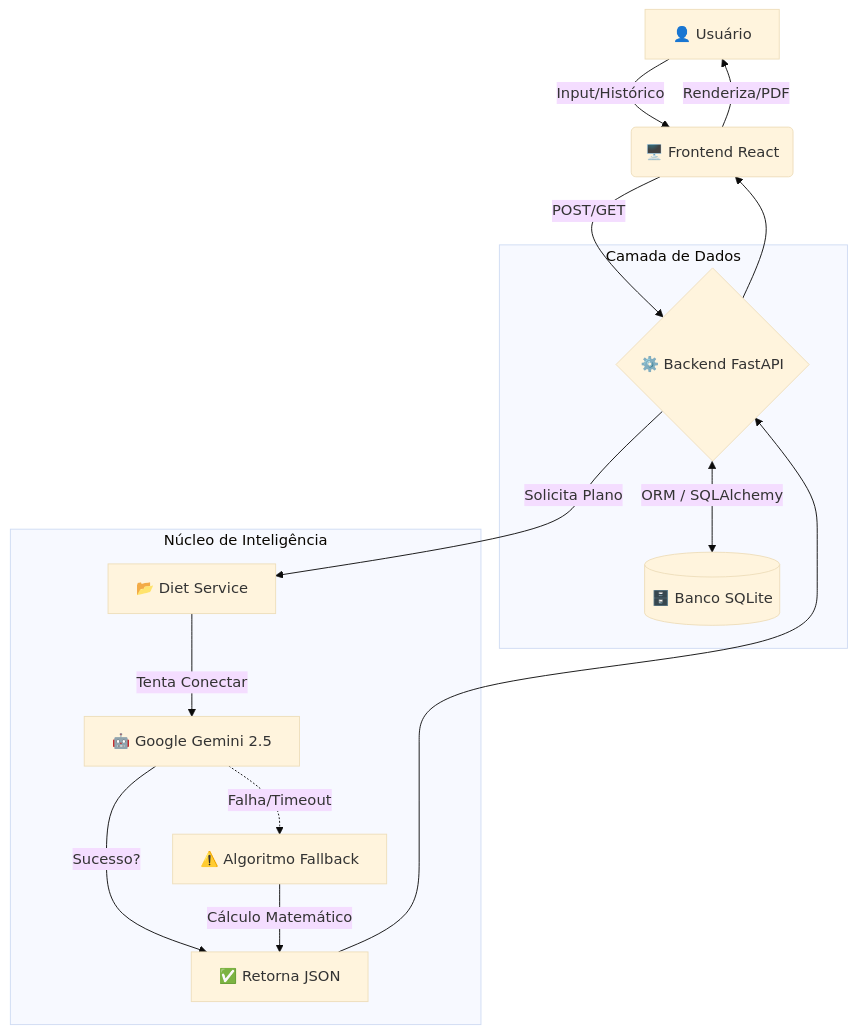
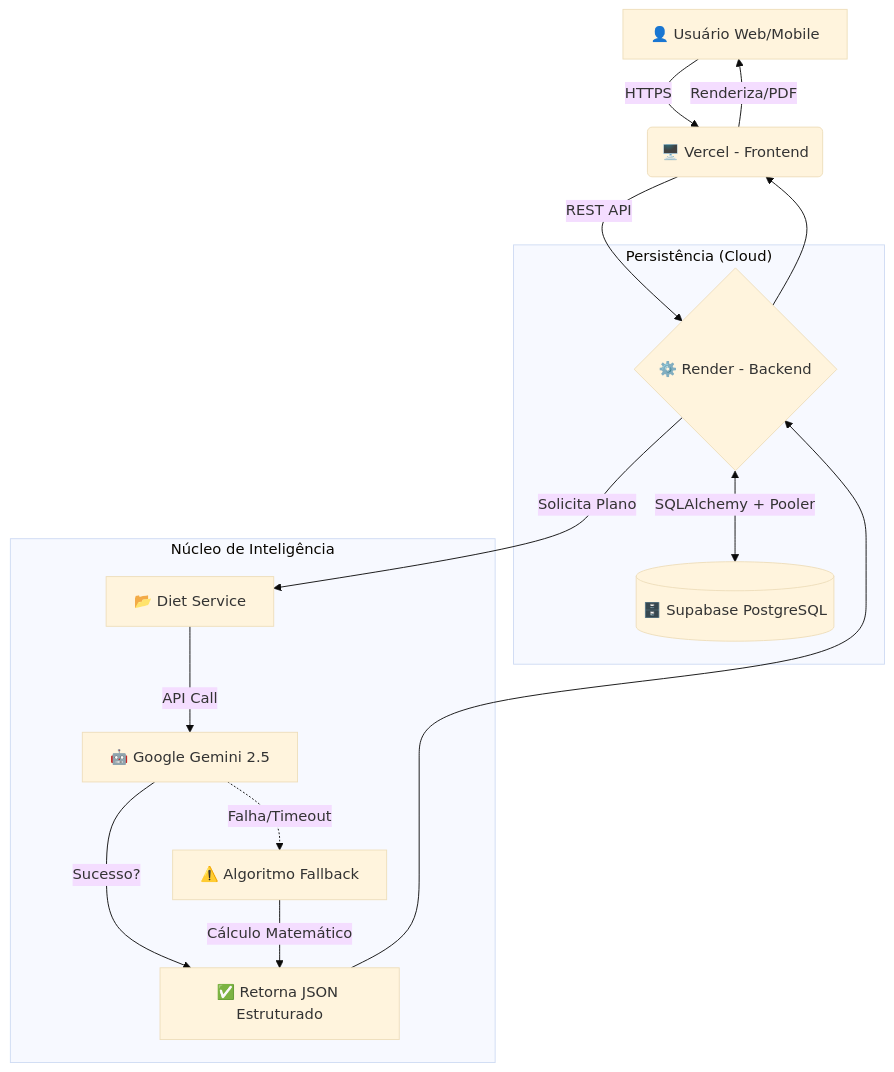
Before and after one commit to murylomarques/ai-nutrition-coach: the diagram in README.md, drawn with Mermaid (base theme). The commit also changed other lines of this file, not shown here.

First line of the commit message:
docs: update readme with production links and architecture

````diff
--- a/README.md
+++ b/README.md
@@ -32,21 +36,21 @@
 ```mermaid
 graph TD
-    A[👤 Usuário] -->|Input/Histórico| B(🖥️ Frontend React)
-    B -->|POST/GET| C{⚙️ Backend FastAPI}
+    A[👤 Usuário Web/Mobile] -->|HTTPS| B(🖥️ Vercel - Frontend)
+    B -->|REST API| C{⚙️ Render - Backend}
     
-    subgraph "Camada de Dados"
-    C <-->|ORM / SQLAlchemy| DB[(🗄️ Banco SQLite)]
+    subgraph "Persistência (Cloud)"
+    C <-->|SQLAlchemy + Pooler| DB[(🗄️ Supabase PostgreSQL)]
     end
     
     subgraph "Núcleo de Inteligência"
     C -->|Solicita Plano| D[📂 Diet Service]
-    D -->|Tenta Conectar| E[🤖 Google Gemini 2.5]
-    E -->|Sucesso?| F[✅ Retorna JSON]
+    D -->|API Call| E[🤖 Google Gemini 2.5]
+    E -->|Sucesso?| F[✅ Retorna JSON Estruturado]
     E -.->|Falha/Timeout| G[⚠️ Algoritmo Fallback]
     G -->|Cálculo Matemático| F
     end
     
     F --> C
     C --> B
     B -->|Renderiza/PDF| A
 ```
````
